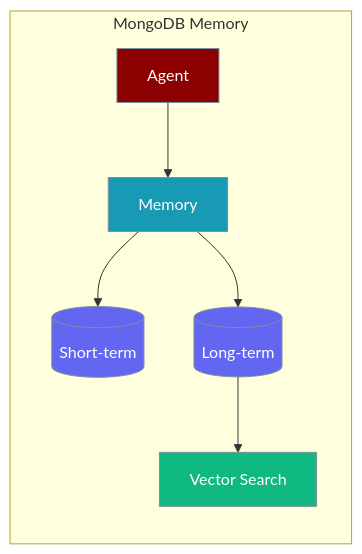
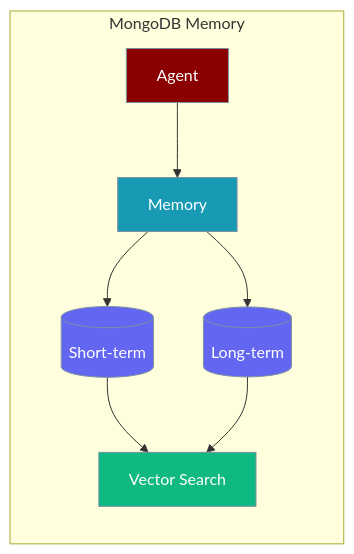
The first of 2 diagrams in docs/features/mongodb-memory.mdx (MervinPraison/PraisonAIDocs), drawn with Mermaid before and after one commit. The commit also changed other lines of this file and 2 other files, not shown here.

````diff
--- a/docs/features/mongodb-memory.mdx
+++ b/docs/features/mongodb-memory.mdx
@@ -33,19 +33,20 @@
 ```mermaid
 graph LR
     subgraph "MongoDB Memory"
         A[Agent] --> B[Memory]
         B --> C[(Short-term)]
         B --> D[(Long-term)]
-        D --> E[Vector Search]
+        C --> E[Vector Search]
+        D --> E
     end
 
     classDef agent fill:#8B0000,stroke:#7C90A0,color:#fff
     classDef process fill:#189AB4,stroke:#7C90A0,color:#fff
     classDef store fill:#6366F1,stroke:#7C90A0,color:#fff
     classDef output fill:#10B981,stroke:#7C90A0,color:#fff
 
     class A agent
     class B process
     class C,D store
     class E output
 ```
````
